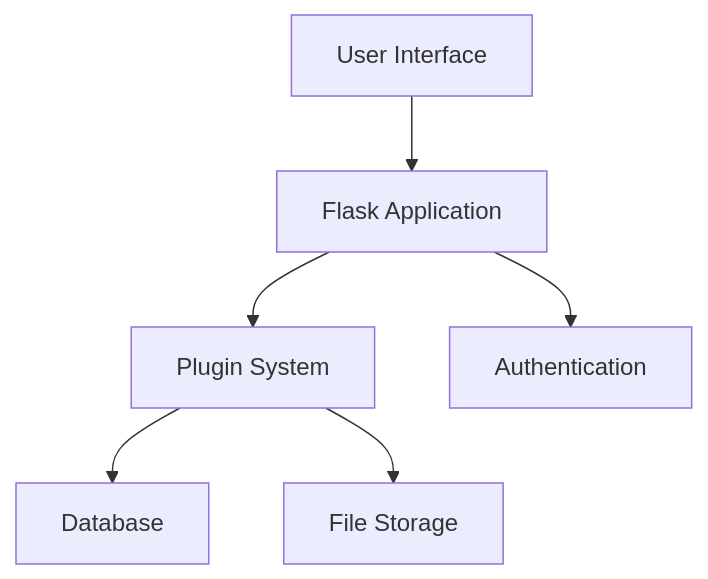
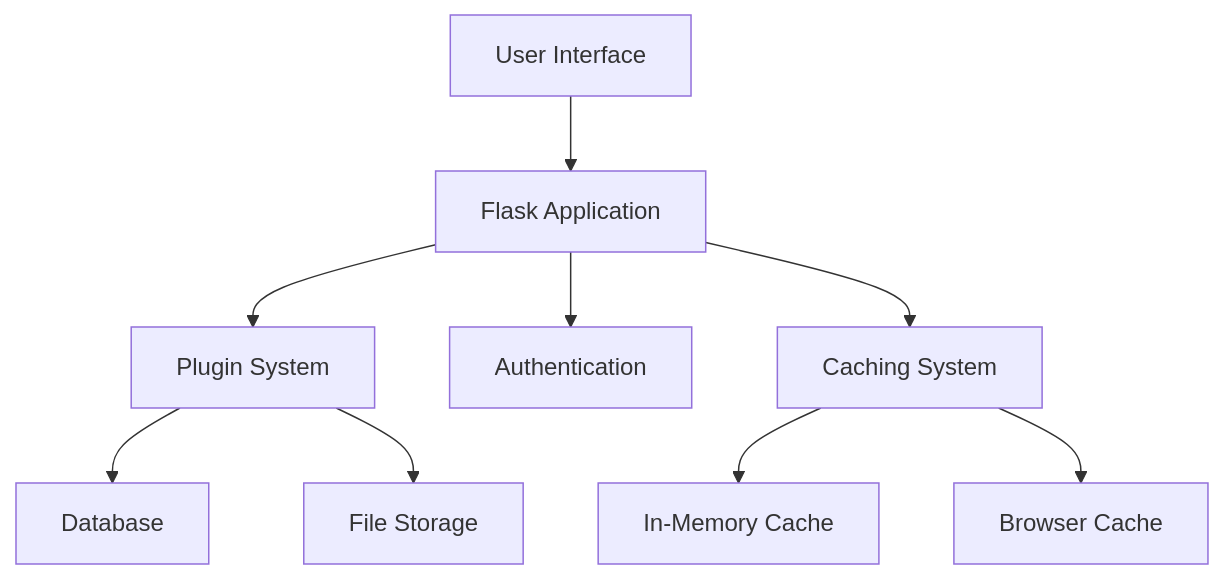
The first of 4 diagrams in docs/manual.md (jwbrassell/a), drawn with Mermaid before and after one commit. The commit also changed other lines of this file and 8 other files, not shown here.

First line of the commit message:
feat: implement multi-level caching system

````diff
--- a/docs/manual.md
+++ b/docs/manual.md
@@ -90,8 +90,11 @@
 ```mermaid
 graph TD
     A[User Interface] --> B[Flask Application]
     B --> C[Plugin System]
     C --> D[Database]
     C --> E[File Storage]
     B --> F[Authentication]
+    B --> G[Caching System]
+    G --> H[In-Memory Cache]
+    G --> I[Browser Cache]
 ```
````
